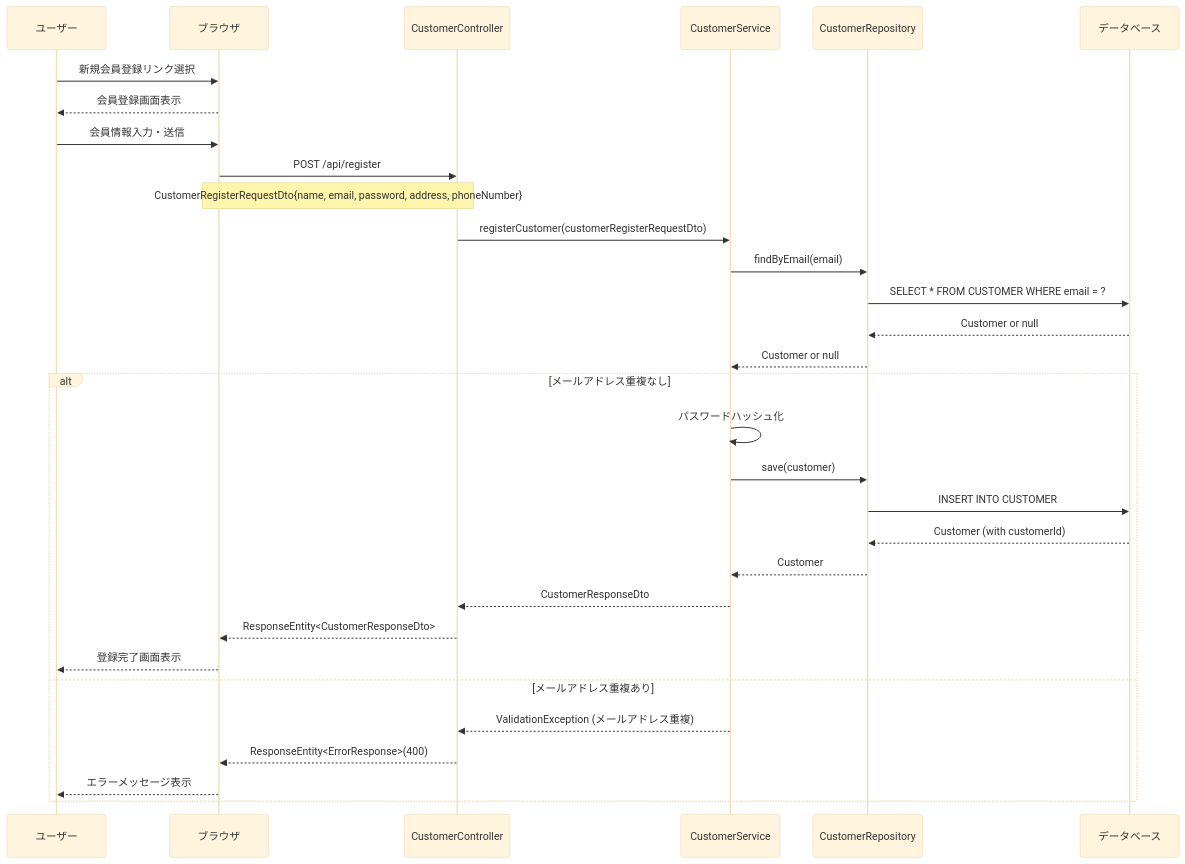
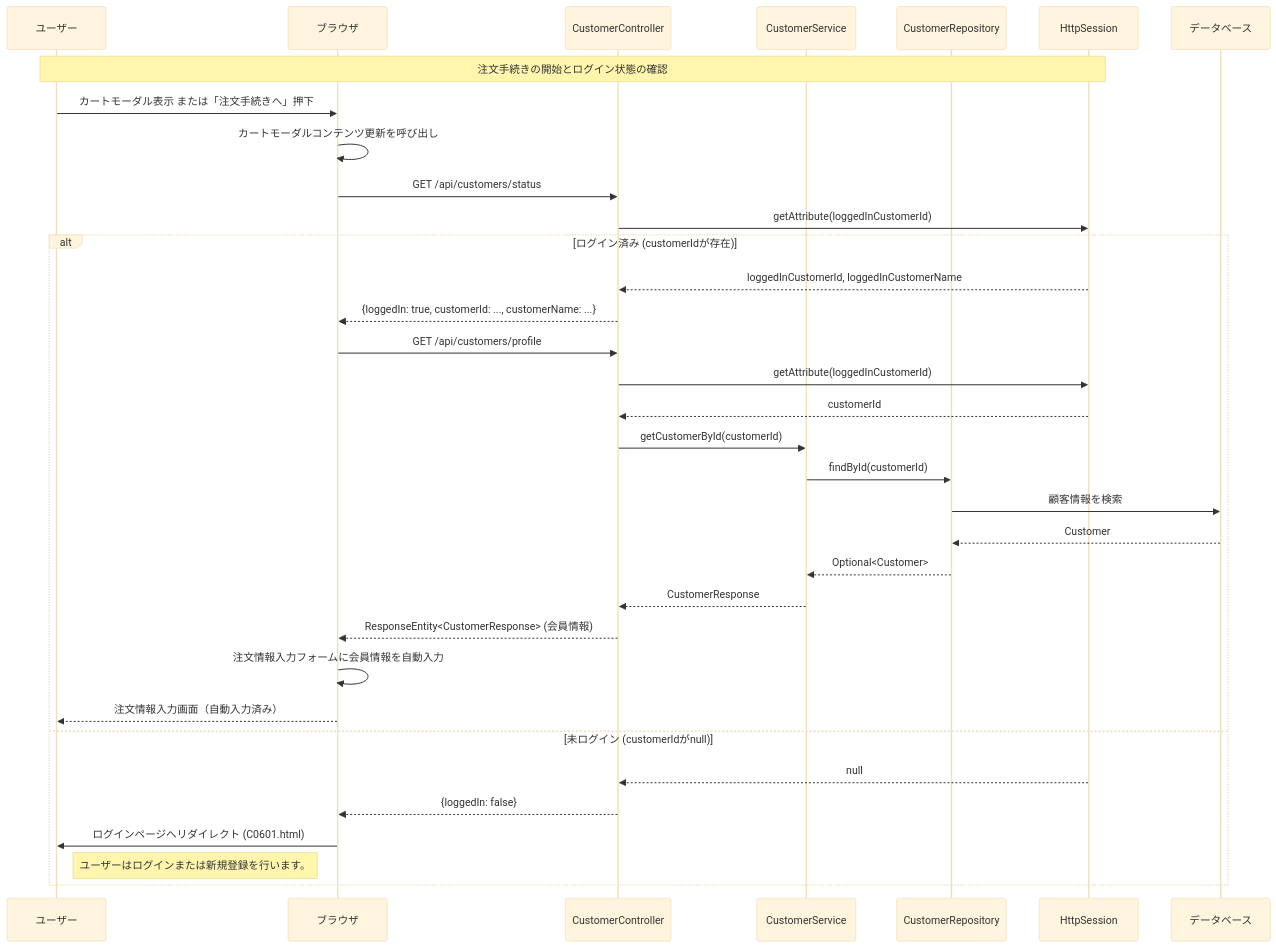
One commit to shogomaeda758/Bacon changed diagram 13 of 22 in 詳細設計/詳細設計書_v3.md. Above: the diagram before and after it, drawn with Mermaid (base theme). The commit also changed other lines of this file, not shown here.

Commit message:
シーケンス図変更＿詳細設計書

````diff
--- a/詳細設計/詳細設計書_v3.md
+++ b/詳細設計/詳細設計書_v3.md
@@ -592,36 +516,37 @@
 ```mermaid
 sequenceDiagram
     participant U as ユーザー
     participant B as ブラウザ
-    participant CuC as CustomerController
-    participant CS as CustomerService
+    participant CUC as CustomerController
+    participant CUS as CustomerService
     participant CR as CustomerRepository
+    participant S as HttpSession
     participant DB as データベース
 
-    U->>B: 新規会員登録リンク選択
-    B-->>U: 会員登録画面表示
-    
-    U->>B: 会員情報入力・送信
-    B->>CuC: POST /api/register
-    Note over B,CuC: CustomerRegisterRequestDto{name, email, password, address, phoneNumber}
-    CuC->>CS: registerCustomer(customerRegisterRequestDto)
-    CS->>CR: findByEmail(email)
-    CR->>DB: SELECT * FROM CUSTOMER WHERE email = ?
-    DB-->>CR: Customer or null
-    CR-->>CS: Customer or null
-    
-    alt メールアドレス重複なし
-        CS->>CS: パスワードハッシュ化
-        CS->>CR: save(customer)
-        CR->>DB: INSERT INTO CUSTOMER
-        DB-->>CR: Customer (with customerId)
-        CR-->>CS: Customer
-        CS-->>CuC: CustomerResponseDto
-        CuC-->>B: ResponseEntity<CustomerResponseDto>
-        B-->>U: 登録完了画面表示
-    else メールアドレス重複あり
-        CS-->>CuC: ValidationException (メールアドレス重複)
-        CuC-->>B: ResponseEntity<ErrorResponse>(400)
-        B-->>U: エラーメッセージ表示
+    Note over U,S: 注文手続きの開始とログイン状態の確認
+    U->>B: カートモーダル表示 または「注文手続きへ」押下
+    B->>B: カートモーダルコンテンツ更新を呼び出し
+    B->>CUC: GET /api/customers/status
+    CUC->>S: getAttribute(loggedInCustomerId)
+    alt ログイン済み (customerIdが存在)
+        S-->>CUC: loggedInCustomerId, loggedInCustomerName
+        CUC-->>B: {loggedIn: true, customerId: ..., customerName: ...}
+        B->>CUC: GET /api/customers/profile
+        CUC->>S: getAttribute(loggedInCustomerId)
+        S-->>CUC: customerId
+        CUC->>CUS: getCustomerById(customerId)
+        CUS->>CR: findById(customerId)
+        CR->>DB: 顧客情報を検索
+        DB-->>CR: Customer
+        CR-->>CUS: Optional<Customer>
+        CUS-->>CUC: CustomerResponse
+        CUC-->>B: ResponseEntity<CustomerResponse> (会員情報)
+        B->>B: 注文情報入力フォームに会員情報を自動入力
+        B-->>U: 注文情報入力画面（自動入力済み）
+    else 未ログイン (customerIdがnull)
+        S-->>CUC: null
+        CUC-->>B: {loggedIn: false}
+        B->>U: ログインページへリダイレクト (C0601.html)
+        Note right of U: ユーザーはログインまたは新規登録を行います。
     end
 ```
````
